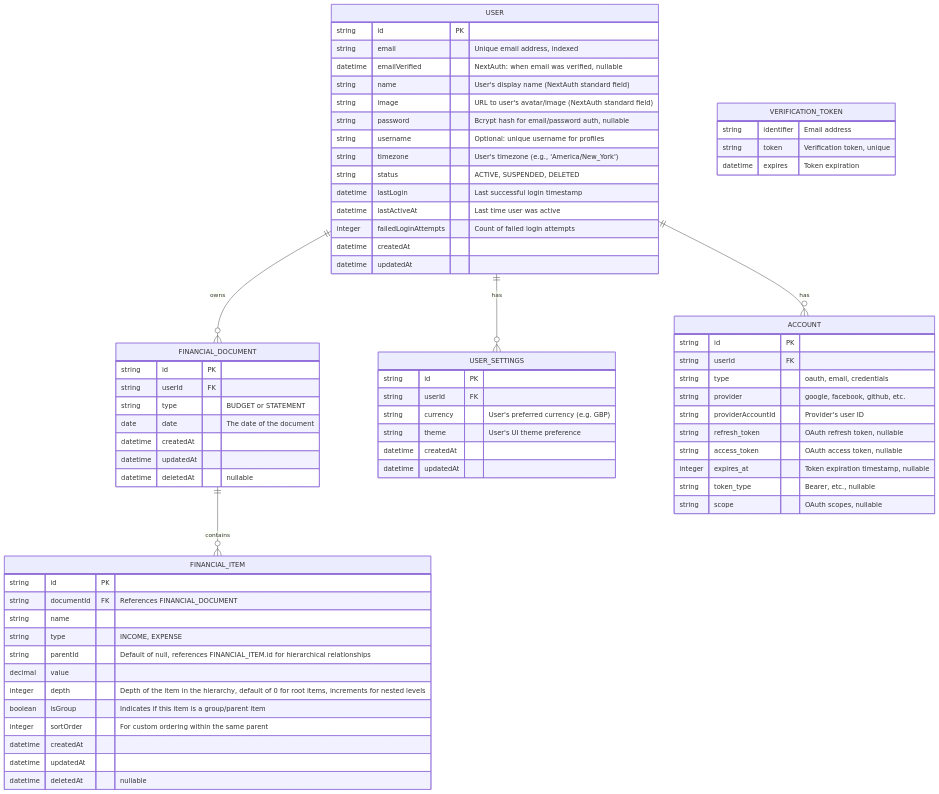
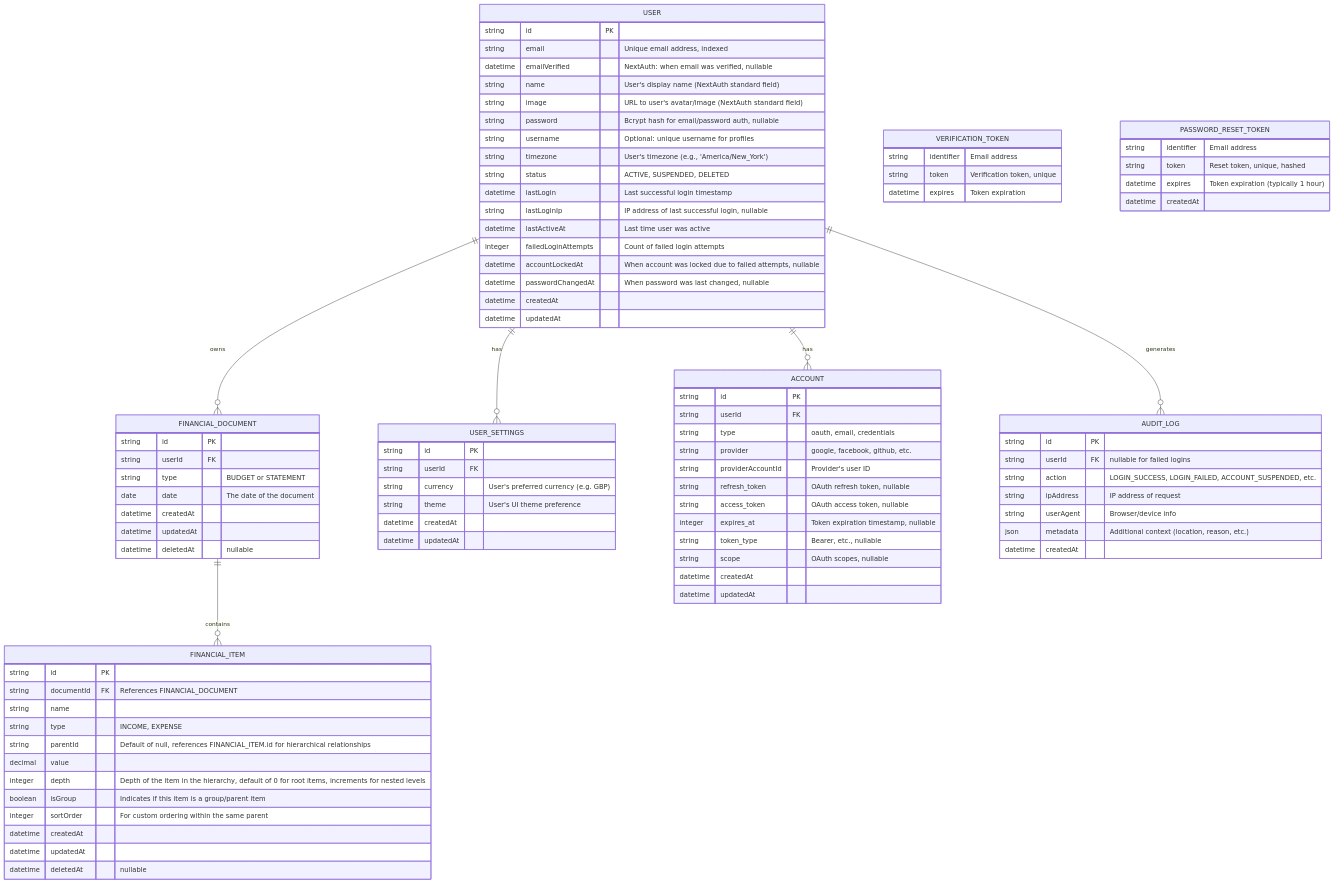
One commit to JRRS1982/halcyon changed the diagram in docs/DataModels/DataModels.md. Above: the diagram before and after it, drawn with Mermaid. The commit also changed other lines of this file and 2 other files, not shown here.

Commit message:
HC-1: add security arch ADR

```diff
--- a/docs/DataModels/DataModels.md
+++ b/docs/DataModels/DataModels.md
@@ -91,6 +110,7 @@
     USER ||--o{ FINANCIAL_DOCUMENT : owns
     USER ||--o{ USER_SETTINGS : has
     USER ||--o{ ACCOUNT : has
+    USER ||--o{ AUDIT_LOG : generates
     FINANCIAL_DOCUMENT ||--o{ FINANCIAL_ITEM : contains
 
     USER {
@@ -104,8 +124,11 @@
       string timezone "User's timezone (e.g., 'America/New_York')"
       string status "ACTIVE, SUSPENDED, DELETED"
       datetime lastLogin "Last successful login timestamp"
+      string lastLoginIp "IP address of last successful login, nullable"
       datetime lastActiveAt "Last time user was active"
       integer failedLoginAttempts "Count of failed login attempts"
+      datetime accountLockedAt "When account was locked due to failed attempts, nullable"
+      datetime passwordChangedAt "When password was last changed, nullable"
       datetime createdAt
       datetime updatedAt
     }
@@ -130,12 +153,31 @@
       integer expires_at "Token expiration timestamp, nullable"
       string token_type "Bearer, etc., nullable"
       string scope "OAuth scopes, nullable"
+      datetime createdAt
+      datetime updatedAt
     }
 
     VERIFICATION_TOKEN {
       string identifier "Email address"
       string token "Verification token, unique"
       datetime expires "Token expiration"
+    }
+
+    PASSWORD_RESET_TOKEN {
+      string identifier "Email address"
+      string token "Reset token, unique, hashed"
+      datetime expires "Token expiration (typically 1 hour)"
+      datetime createdAt
+    }
+
+    AUDIT_LOG {
+      string id PK
+      string userId FK "nullable for failed logins"
+      string action "LOGIN_SUCCESS, LOGIN_FAILED, ACCOUNT_SUSPENDED, etc."
+      string ipAddress "IP address of request"
+      string userAgent "Browser/device info"
+      json metadata "Additional context (location, reason, etc.)"
+      datetime createdAt
     }
 
     FINANCIAL_DOCUMENT {
```
